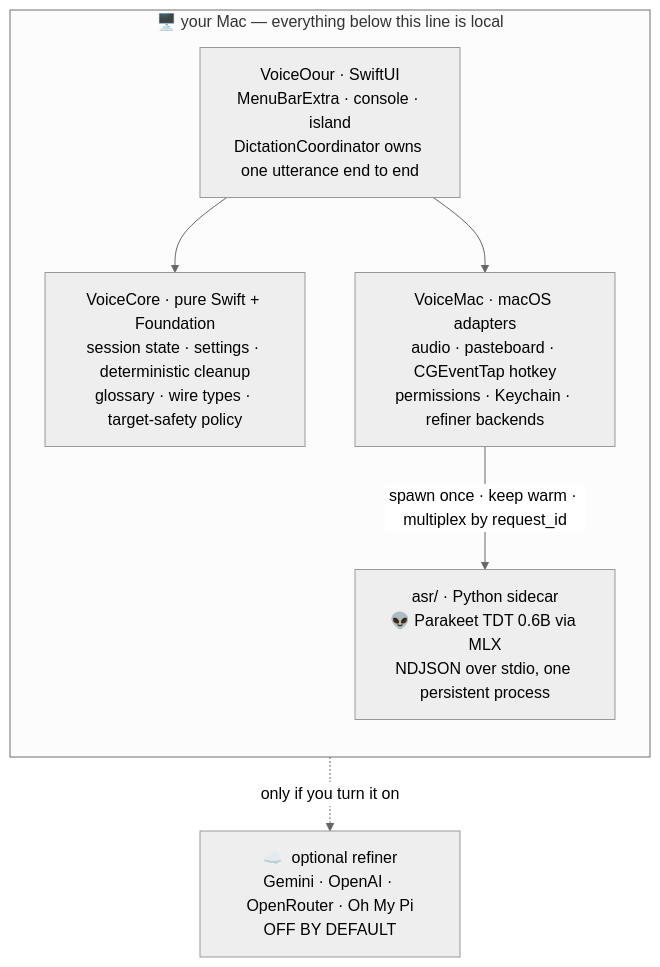
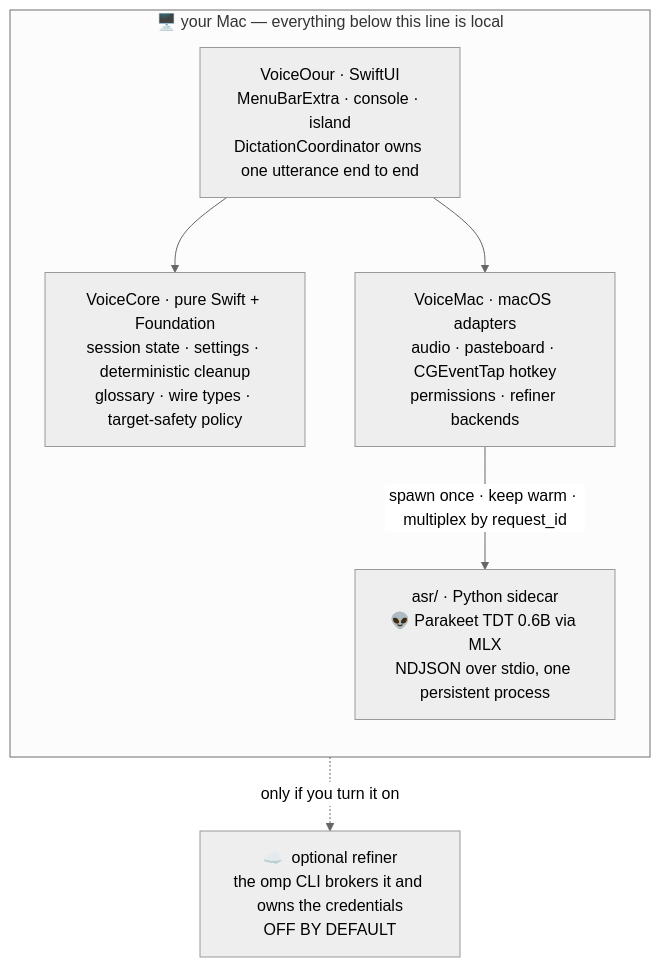
The diagram in README.md (joswha/voiceour), drawn with Mermaid (neutral theme) before and after one commit. The commit also changed other lines of this file and 84 other files, not shown here.

````diff
--- a/README.md
+++ b/README.md
@@ -198,15 +198,15 @@
 ```mermaid
 flowchart TB
     subgraph mac["🖥️  your Mac — everything below this line is local"]
         direction TB
         APP["VoiceOour · SwiftUI<br/>MenuBarExtra · console · island<br/>DictationCoordinator owns one utterance end to end"]
         CORE["VoiceCore · pure Swift + Foundation<br/>session state · settings · deterministic cleanup<br/>glossary · wire types · target-safety policy"]
-        MAC["VoiceMac · macOS adapters<br/>audio · pasteboard · CGEventTap hotkey<br/>permissions · Keychain · refiner backends"]
+        MAC["VoiceMac · macOS adapters<br/>audio · pasteboard · CGEventTap hotkey<br/>permissions · refiner backends"]
         ASR["asr/ · Python sidecar<br/>👽 Parakeet TDT 0.6B via MLX<br/>NDJSON over stdio, one persistent process"]
         APP --> CORE
         APP --> MAC
         MAC -->|"spawn once · keep warm · multiplex by request_id"| ASR
     end
-    NET["☁️  optional refiner<br/>Gemini · OpenAI · OpenRouter · Oh My Pi<br/>OFF BY DEFAULT"]
+    NET["☁️  optional refiner<br/>the omp CLI brokers it and owns the credentials<br/>OFF BY DEFAULT"]
     APP -. "only if you turn it on" .-> NET
 ```
````
